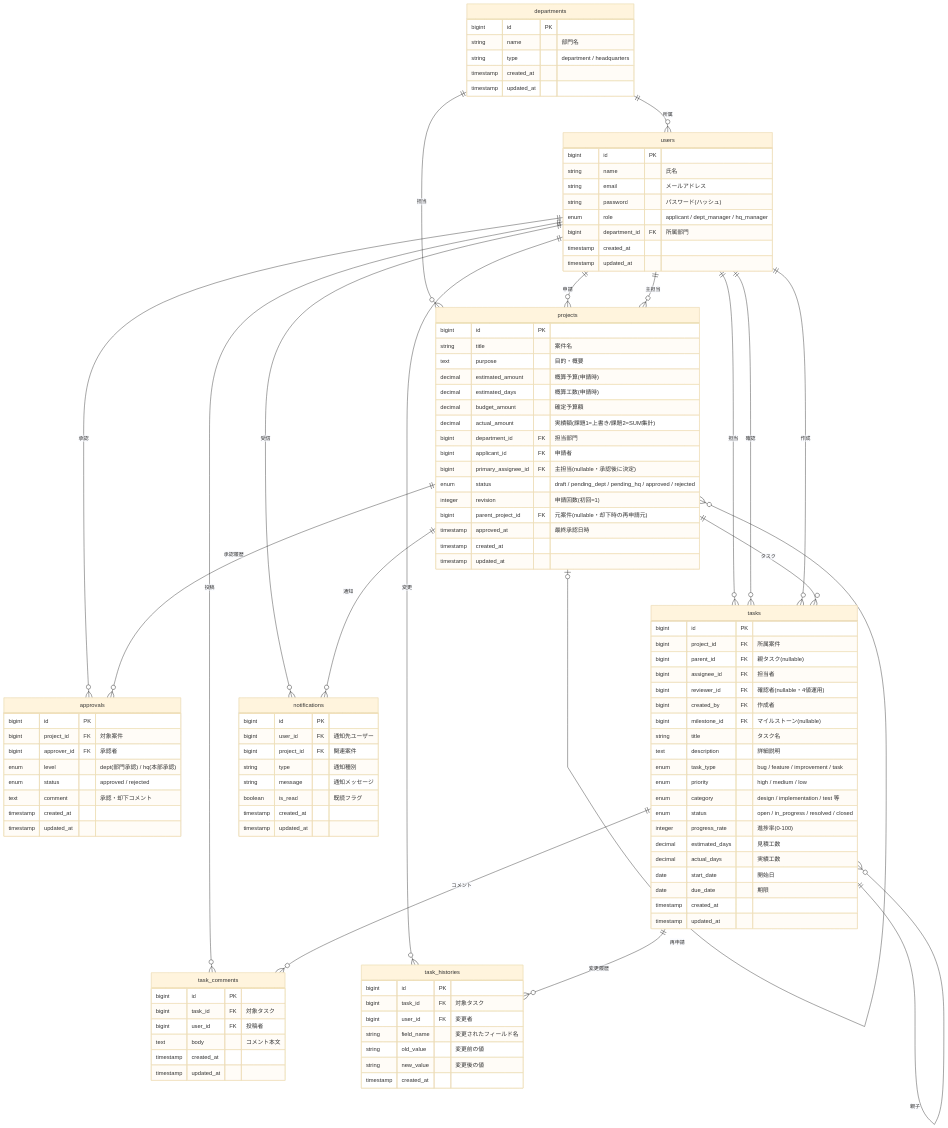
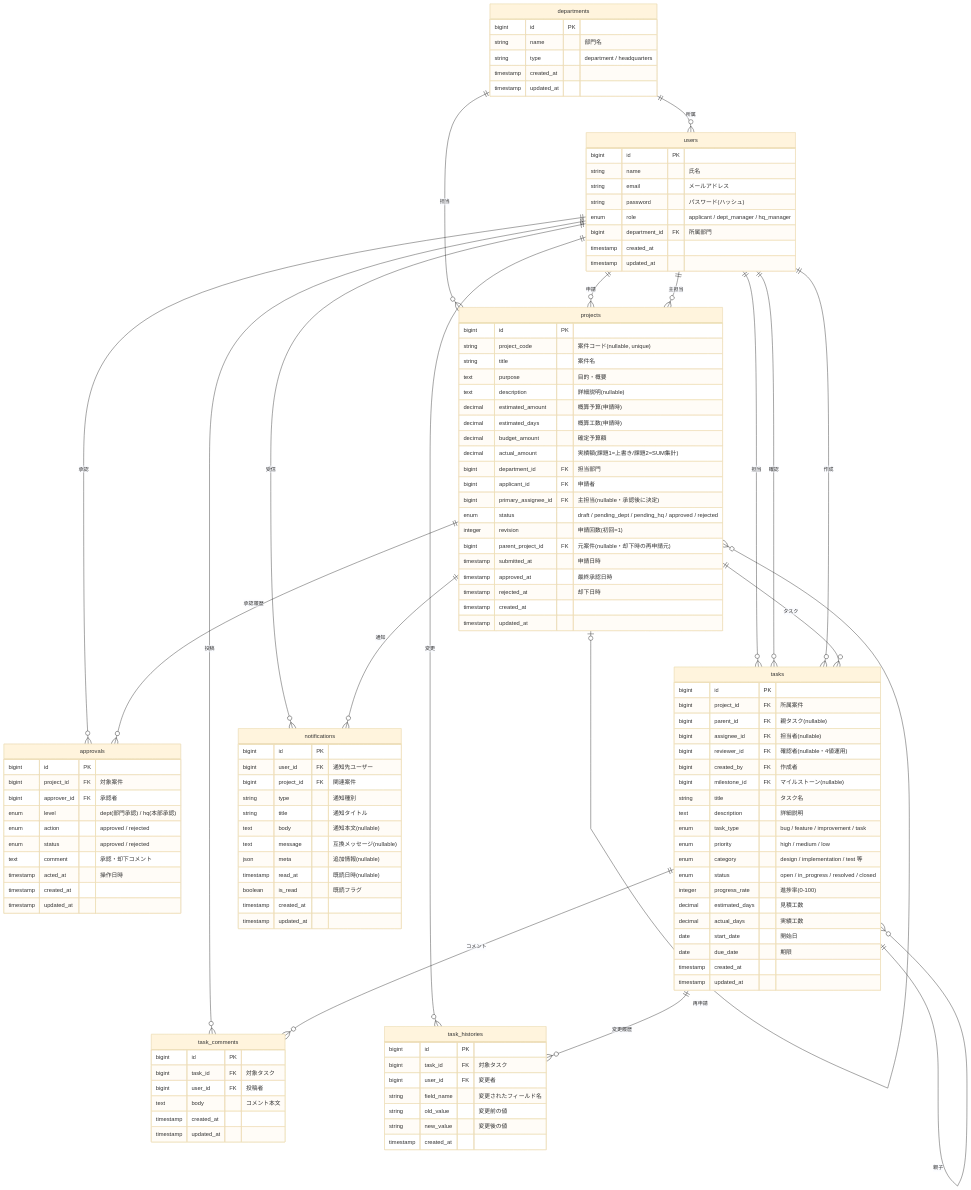
The diagram in doc/Design/er_diagram.md (toutetu/ProjNexus), drawn with Mermaid (base theme) before and after one commit. The commit also changed other lines of this file and 19 other files, not shown here.

```diff
--- a/doc/Design/er_diagram.md
+++ b/doc/Design/er_diagram.md
@@ -58,8 +60,10 @@
   }
   projects {
     bigint id PK
+    string project_code "案件コード(nullable, unique)"
     string title "案件名"
     text purpose "目的・概要"
+    text description "詳細説明(nullable)"
     decimal estimated_amount "概算予算(申請時)"
     decimal estimated_days "概算工数(申請時)"
     decimal budget_amount "確定予算額"
@@ -70,7 +74,9 @@
     enum status "draft / pending_dept / pending_hq / approved / rejected"
     integer revision "申請回数(初回=1)"
     bigint parent_project_id FK "元案件(nullable・却下時の再申請元)"
+    timestamp submitted_at "申請日時"
     timestamp approved_at "最終承認日時"
+    timestamp rejected_at "却下日時"
     timestamp created_at
     timestamp updated_at
   }
@@ -79,8 +85,10 @@
     bigint project_id FK "対象案件"
     bigint approver_id FK "承認者"
     enum level "dept(部門承認) / hq(本部承認)"
+    enum action "approved / rejected"
     enum status "approved / rejected"
     text comment "承認・却下コメント"
+    timestamp acted_at "操作日時"
     timestamp created_at
     timestamp updated_at
   }
@@ -88,7 +96,7 @@
     bigint id PK
     bigint project_id FK "所属案件"
     bigint parent_id FK "親タスク(nullable)"
-    bigint assignee_id FK "担当者"
+    bigint assignee_id FK "担当者(nullable)"
     bigint reviewer_id FK "確認者(nullable・4値運用)"
     bigint created_by FK "作成者"
     bigint milestone_id FK "マイルストーン(nullable)"
@@ -128,7 +136,11 @@
     bigint user_id FK "通知先ユーザー"
     bigint project_id FK "関連案件"
     string type "通知種別"
-    string message "通知メッセージ"
+    string title "通知タイトル"
+    text body "通知本文(nullable)"
+    text message "互換メッセージ(nullable)"
+    json meta "追加情報(nullable)"
+    timestamp read_at "既読日時(nullable)"
     boolean is_read "既読フラグ"
     timestamp created_at
     timestamp updated_at
```
